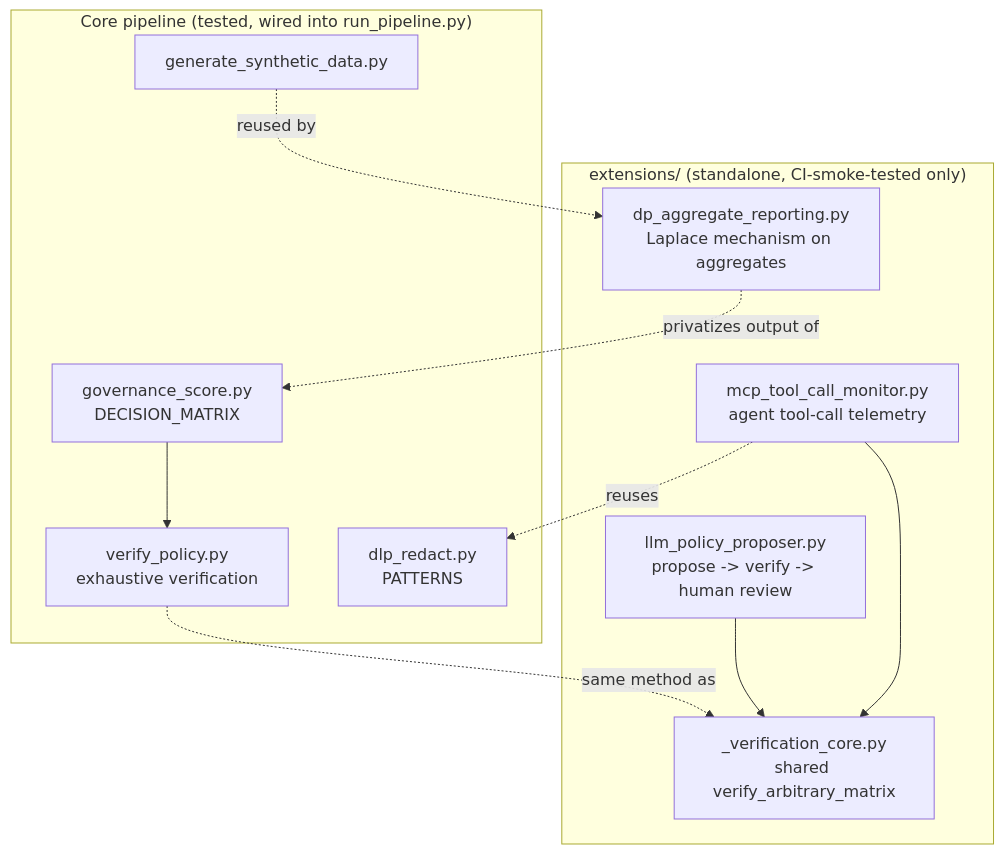
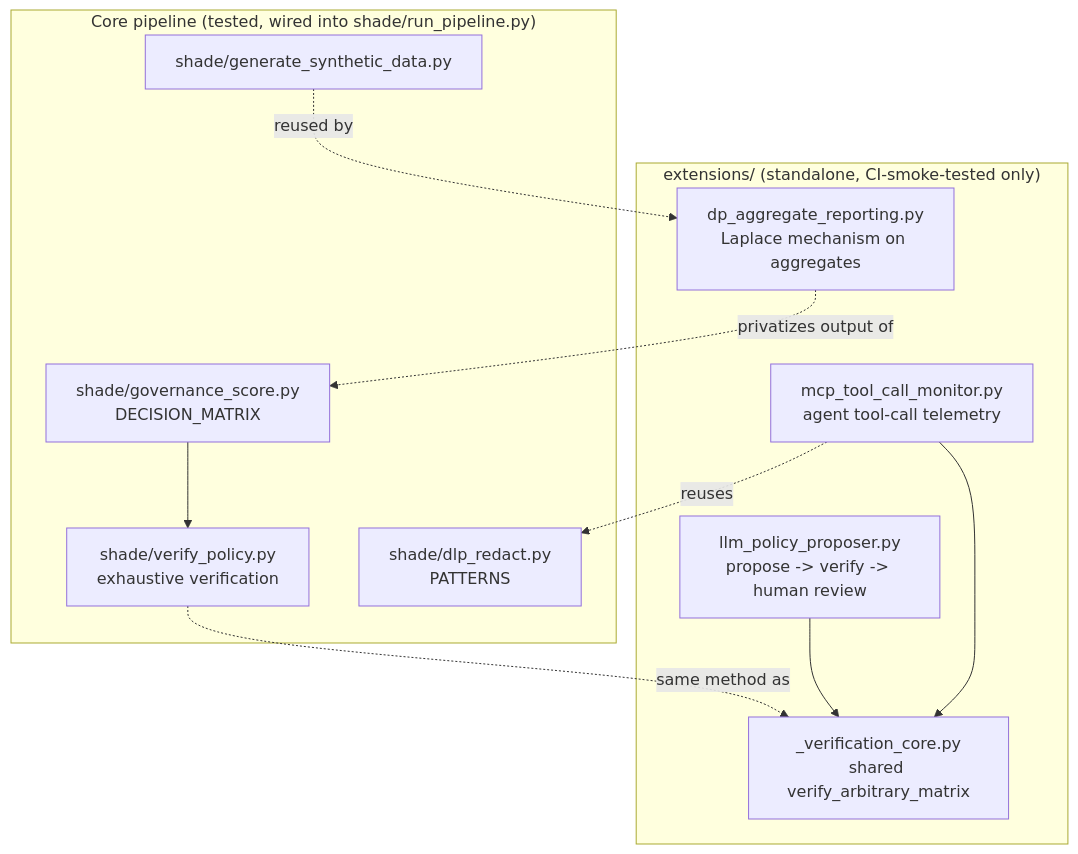
The diagram in docs/extensions.md (Zartharas/SHADE), drawn with Mermaid before and after one commit. The commit also changed other lines of this file and 24 other files, not shown here.

````diff
--- a/docs/extensions.md
+++ b/docs/extensions.md
@@ -17,20 +17,20 @@
 ```mermaid
 flowchart TB
-    subgraph core["Core pipeline (tested, wired into run_pipeline.py)"]
-        GS[governance_score.py<br/>DECISION_MATRIX] --> VP[verify_policy.py<br/>exhaustive verification]
-        DR[dlp_redact.py<br/>PATTERNS]
-        GEN[generate_synthetic_data.py]
+    subgraph core["Core pipeline (tested, wired into shade/run_pipeline.py)"]
+        GS[shade/governance_score.py<br/>DECISION_MATRIX] --> VP[shade/verify_policy.py<br/>exhaustive verification]
+        DR[shade/dlp_redact.py<br/>PATTERNS]
+        GEN[shade/generate_synthetic_data.py]
     end
     subgraph ext["extensions/ (standalone, CI-smoke-tested only)"]
         LLM[llm_policy_proposer.py<br/>propose -> verify -> human review]
         MCP[mcp_tool_call_monitor.py<br/>agent tool-call telemetry]
         DP[dp_aggregate_reporting.py<br/>Laplace mechanism on aggregates]
         VC[_verification_core.py<br/>shared verify_arbitrary_matrix]
     end
     VP -.same method as.-> VC
     LLM --> VC
     MCP --> VC
     MCP -.reuses.-> DR
     DP -.privatizes output of.-> GS
     GEN -.reused by.-> DP
 ```
````
